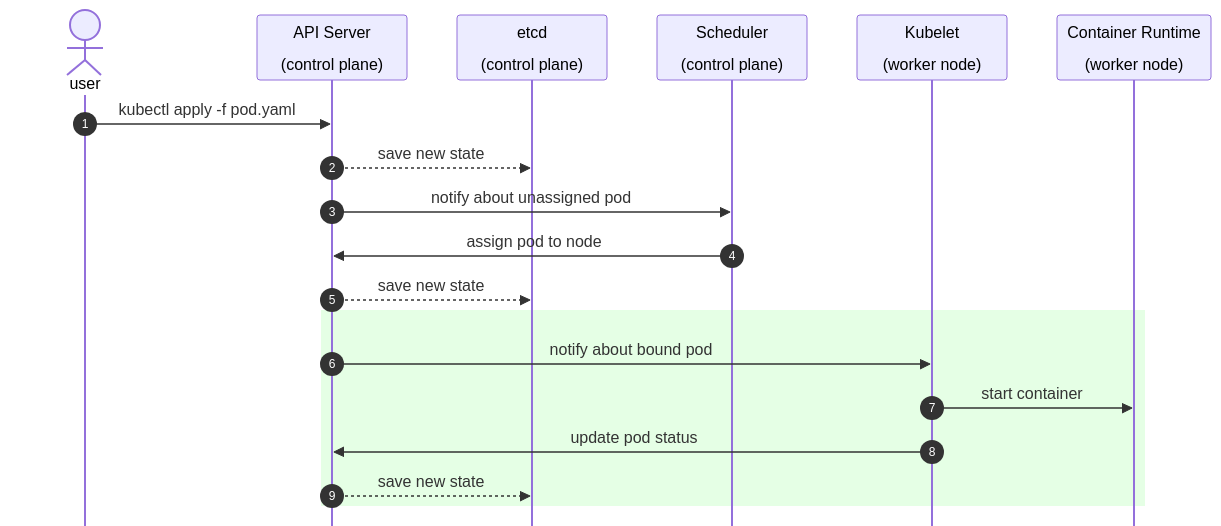
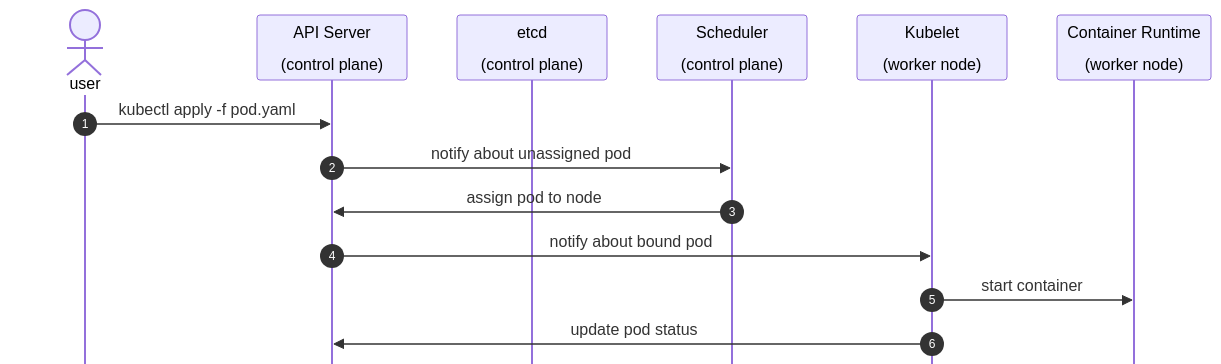
The seventh of 7 diagrams in tlak/slides.md (ndrpnt/slides), drawn with Mermaid before and after one commit. The commit also changed other lines of this file, not shown here.

````diff
--- a/tlak/slides.md
+++ b/tlak/slides.md
@@ -534,22 +582,17 @@
-```mermaid
+```mermaid {scale: 0.66}
 %%{init:{"mirrorActors": false, "showSequenceNumbers": true}}%%
 sequenceDiagram
     actor user
     participant api as API Server<br><br>(control plane)
     participant etcd as etcd<br><br>(control plane)
     participant scheduler as Scheduler<br><br>(control plane)
     participant kubelet as Kubelet<br><br>(worker node)
     participant runtime as Container Runtime<br><br>(worker node)
 
     user->>api: kubectl apply -f pod.yaml
-    api-->>etcd: save new state
     api->>scheduler: notify about unassigned pod
     scheduler->>api: assign pod to node
-    api-->>etcd: save new state
-    rect rgba(0, 255, 0, .1)
-      api->>kubelet: notify about bound pod
-      kubelet->>runtime: start container
-      kubelet->>api: update pod status
-      api-->>etcd: save new state
-    end
+    api->>kubelet: notify about bound pod
+    kubelet->>runtime: start container
+    kubelet->>api: update pod status
 ```
````
